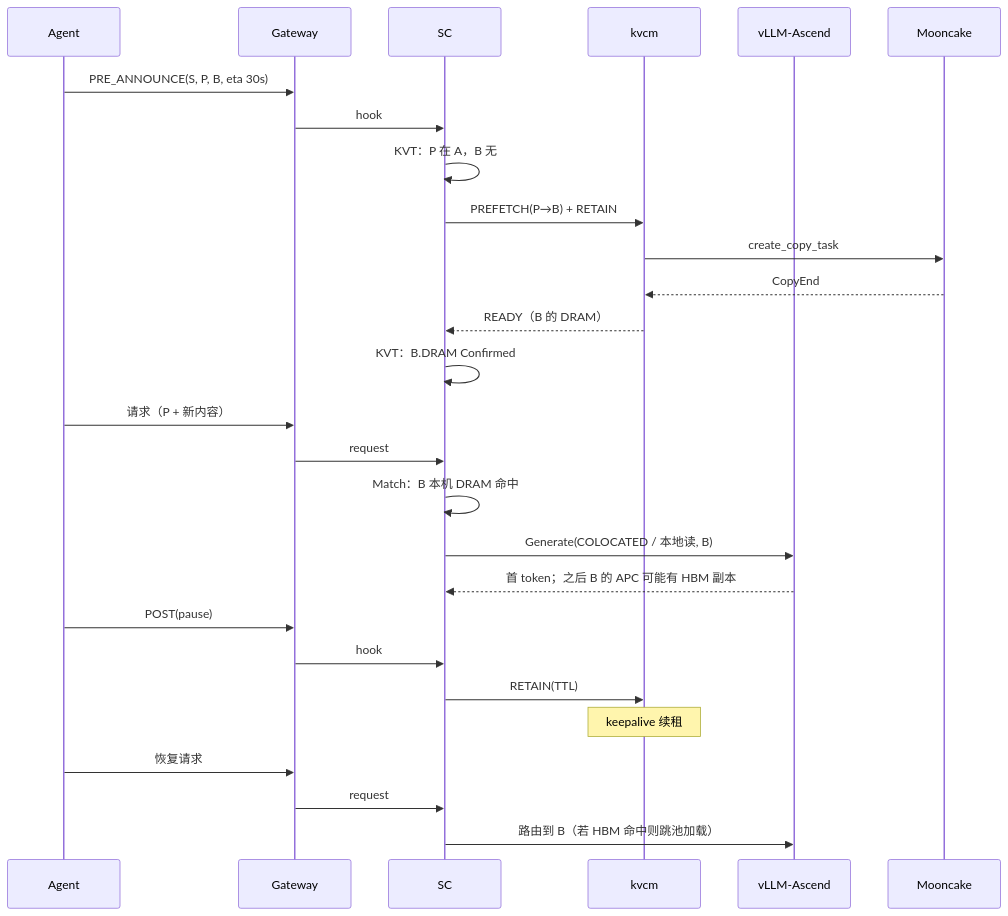
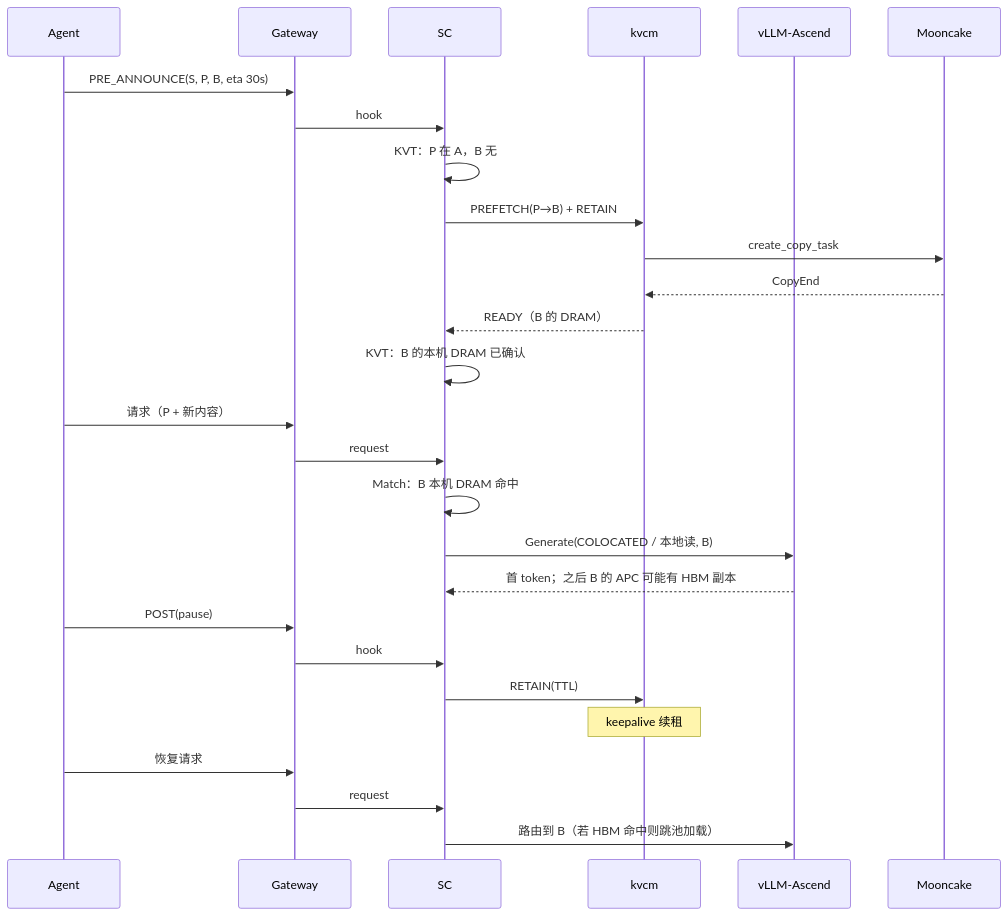
Before and after one commit to 5x8-40/lake: the tenth of 10 diagrams in kvcm/design/D8b-scheduling-sequences.md, drawn with Mermaid. The commit also changed other lines of this file and 4 other files, not shown here.

````diff
--- a/kvcm/design/D8b-scheduling-sequences.md
+++ b/kvcm/design/D8b-scheduling-sequences.md
@@ -281,33 +281,33 @@
 ```mermaid
 sequenceDiagram
     participant A as Agent
     participant G as Gateway
     participant R as SC
     participant K as kvcm
     participant W as vLLM-Ascend
     participant M as Mooncake
 
     A->>G: PRE_ANNOUNCE(S, P, B, eta 30s)
     G->>R: hook
     R->>R: KVT：P 在 A，B 无
     R->>K: PREFETCH(P→B) + RETAIN
     K->>M: create_copy_task
     M-->>K: CopyEnd
     K-->>R: READY（B 的 DRAM）
-    R->>R: KVT：B.DRAM Confirmed
+    R->>R: KVT：B 的本机 DRAM 已确认
 
     A->>G: 请求（P + 新内容）
     G->>R: request
     R->>R: Match：B 本机 DRAM 命中
     R->>W: Generate(COLOCATED / 本地读, B)
     W-->>R: 首 token；之后 B 的 APC 可能有 HBM 副本
 
     A->>G: POST(pause)
     G->>R: hook
     R->>K: RETAIN(TTL)
     Note over K: keepalive 续租
 
     A->>G: 恢复请求
     G->>R: request
     R->>W: 路由到 B（若 HBM 命中则跳池加载）
 ```
````
